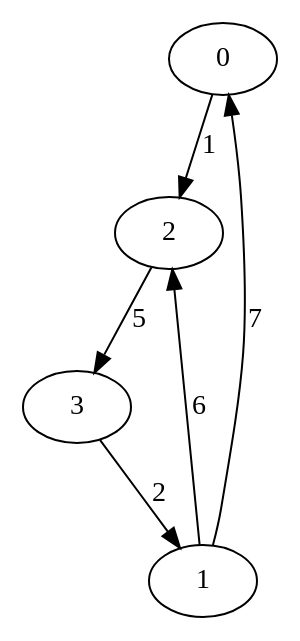
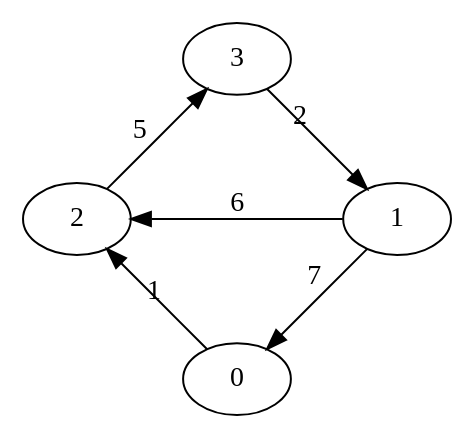
One commit to shybovycha/shybovycha.github.io changed the diagram in _posts/2017-08-16-floyd-warshall-algorithm.md. Above: the diagram before and after it, drawn with Graphviz. The commit also changed other lines of this file, not shown here.

````diff
--- a/_posts/2017-08-16-floyd-warshall-algorithm.md
+++ b/_posts/2017-08-16-floyd-warshall-algorithm.md
@@ -54,9 +54,11 @@
 ```dot
 digraph G {
+    layout = "circo";
+
     0->2 [label = "1"];
     2->3 [label = "5"];
     3->1 [label = "2"];
     1->2 [label = "6"];
     1->0 [label = "7"];
 }
 ```
````
